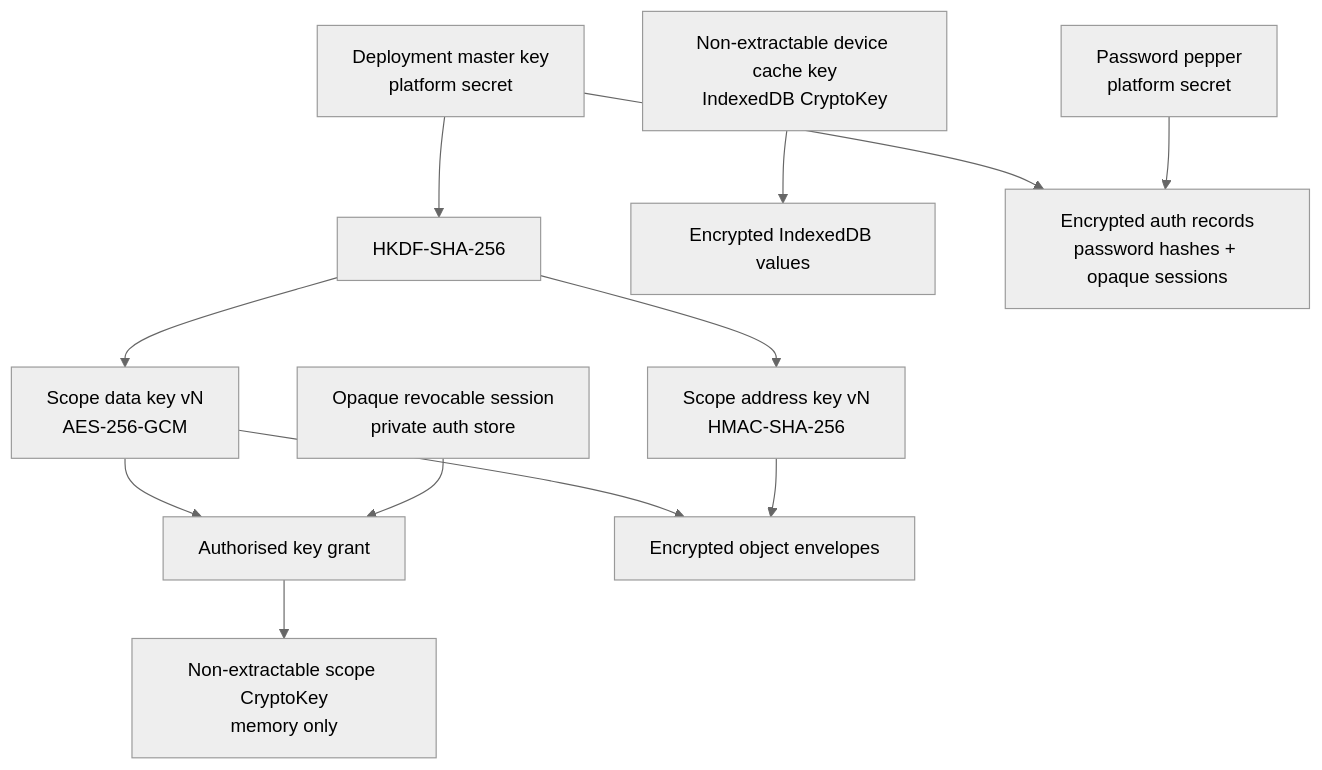
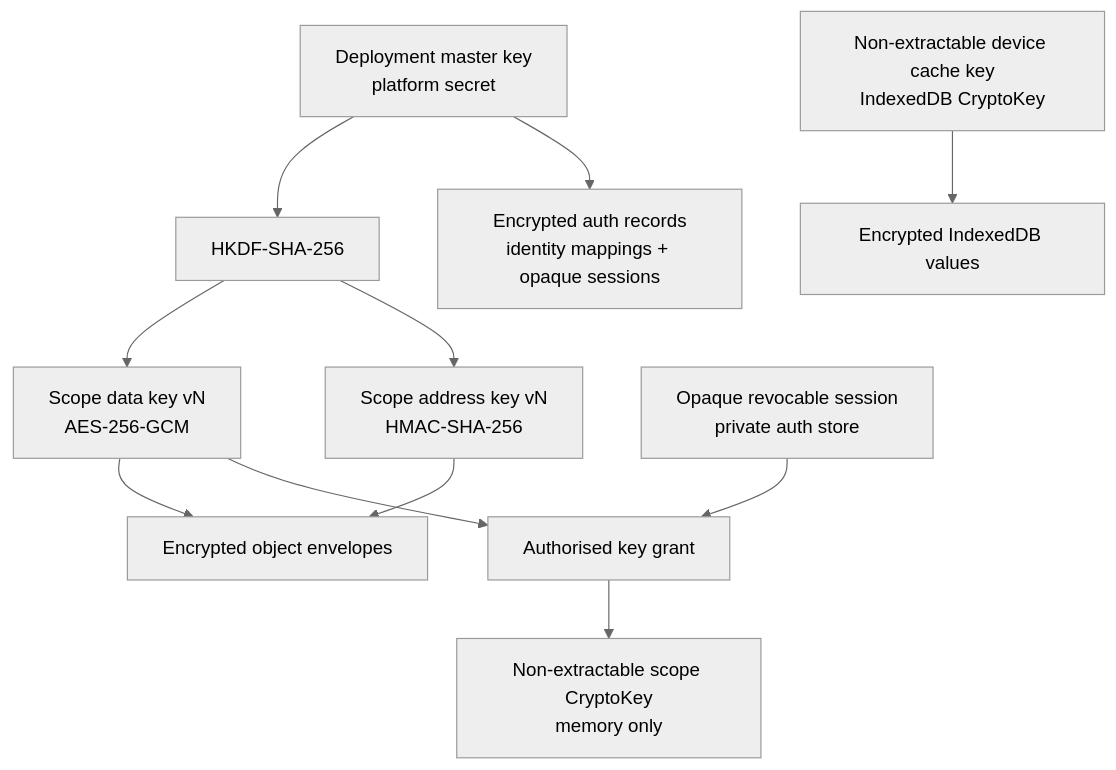
Before and after one commit to Jason-Doyle/thimble: the fourth of 7 diagrams in docs/DIAGRAMS.md, drawn with Mermaid (neutral theme). The commit also changed other lines of this file and 42 other files, not shown here.

````diff
--- a/docs/DIAGRAMS.md
+++ b/docs/DIAGRAMS.md
@@ -134,27 +134,25 @@
 ```mermaid
 flowchart TD
   Master["Deployment master key<br/>platform secret"]
-  Pepper["Password pepper<br/>platform secret"]
   HKDF["HKDF-SHA-256"]
   ScopeData["Scope data key vN<br/>AES-256-GCM"]
   ScopeAddress["Scope address key vN<br/>HMAC-SHA-256"]
   Grant["Authorised key grant"]
   BrowserKey["Non-extractable scope CryptoKey<br/>memory only"]
   DeviceKey["Non-extractable device cache key<br/>IndexedDB CryptoKey"]
   Persistent["Encrypted IndexedDB values"]
   Objects["Encrypted object envelopes"]
-  AuthStore["Encrypted auth records<br/>password hashes + opaque sessions"]
+  AuthStore["Encrypted auth records<br/>identity mappings + opaque sessions"]
 
   Master --> HKDF
   HKDF --> ScopeData
   HKDF --> ScopeAddress
   ScopeData --> Objects
   ScopeAddress --> Objects
   Master --> AuthStore
-  Pepper --> AuthStore
   ScopeData --> Grant
   Grant --> BrowserKey
   DeviceKey --> Persistent
   SessionRecord["Opaque revocable session<br/>private auth store"]
   SessionRecord --> Grant
 ```
````
